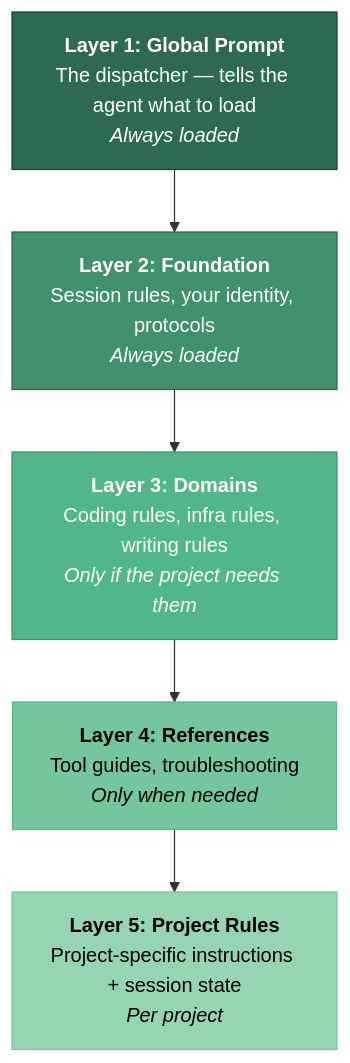
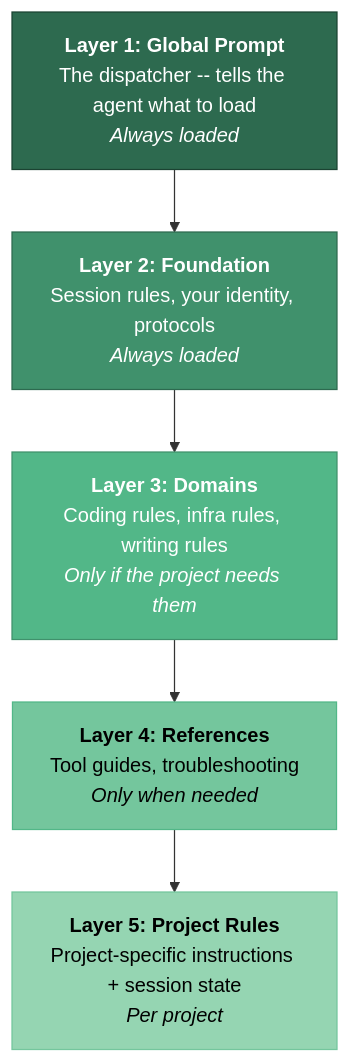
The first of 3 diagrams in README.md (JeltzProstetnic/agent-fleet), drawn with Mermaid before and after one commit. The commit also changed other lines of this file, not shown here.

````diff
--- a/README.md
+++ b/README.md
@@ -120,14 +157,14 @@
 ```mermaid
 graph TD
-    A["<b>Layer 1: Global Prompt</b><br/>The dispatcher — tells the agent what to load<br/><i>Always loaded</i>"] --> B
+    A["<b>Layer 1: Global Prompt</b><br/>The dispatcher -- tells the agent what to load<br/><i>Always loaded</i>"] --> B
     B["<b>Layer 2: Foundation</b><br/>Session rules, your identity, protocols<br/><i>Always loaded</i>"] --> C
     C["<b>Layer 3: Domains</b><br/>Coding rules, infra rules, writing rules<br/><i>Only if the project needs them</i>"] --> D
     D["<b>Layer 4: References</b><br/>Tool guides, troubleshooting<br/><i>Only when needed</i>"] --> E
     E["<b>Layer 5: Project Rules</b><br/>Project-specific instructions + session state<br/><i>Per project</i>"]
 
     style A fill:#2d6a4f,stroke:#1b4332,color:#fff
     style B fill:#40916c,stroke:#2d6a4f,color:#fff
     style C fill:#52b788,stroke:#40916c,color:#fff
     style D fill:#74c69d,stroke:#52b788,color:#000
     style E fill:#95d5b2,stroke:#74c69d,color:#000
 ```
````
